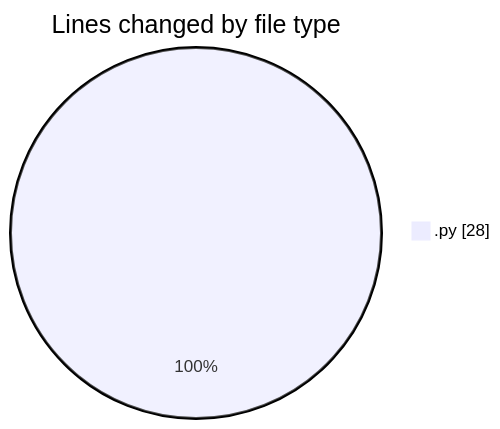
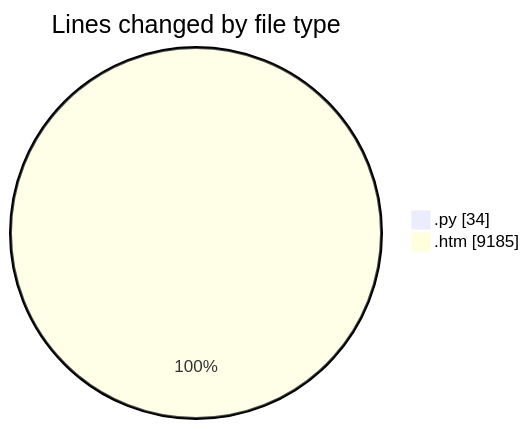
The first of 2 diagrams in 2025-07-02/webscrap/README.md (nxtqubesakshisongat/code-tracking), drawn with Mermaid before and after one commit. The commit also changed other lines of this file and 1 other file, not shown here.

````diff
--- a/2025-07-02/webscrap/README.md
+++ b/2025-07-02/webscrap/README.md
@@ -21,5 +22,6 @@
 ```mermaid
 pie showData
 title Lines changed by file type
-".py" : 28
+".py" : 34
+".htm" : 9185
 ```
````
